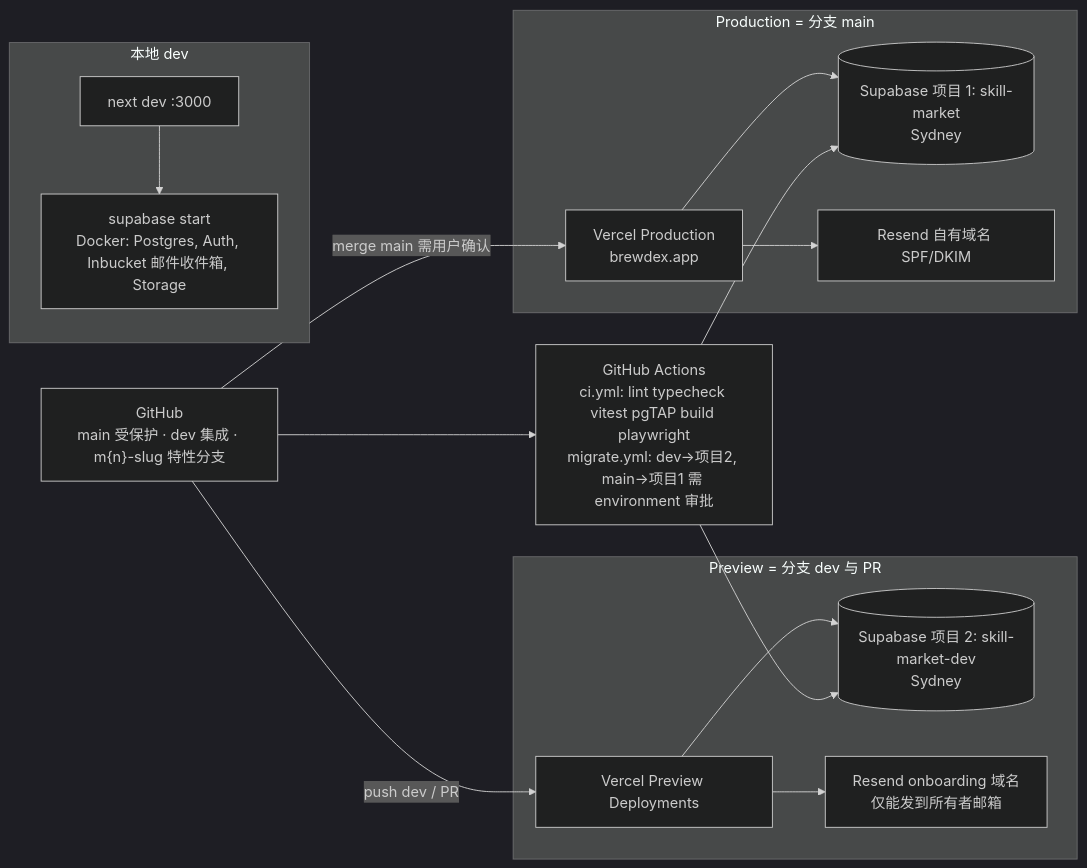
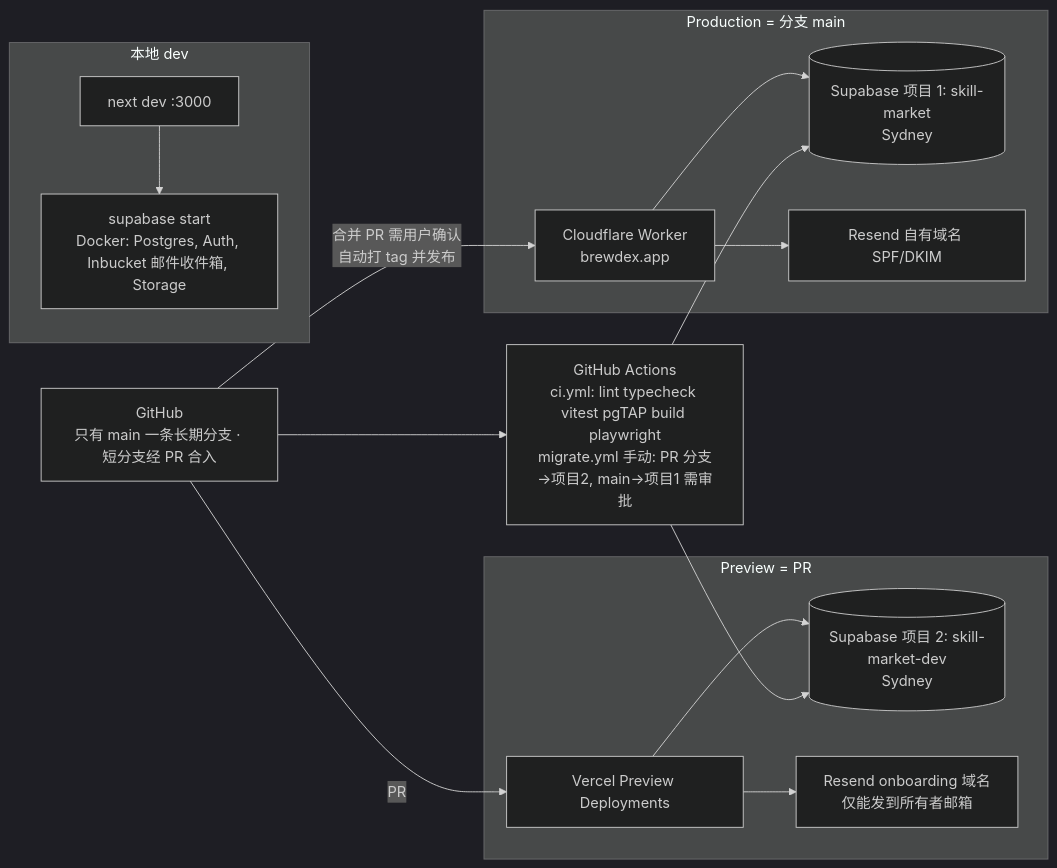
The third of 9 diagrams in docs/ARCHITECTURE.md (plcme/skill-market), drawn with Mermaid (dark theme) before and after one commit. The commit also changed other lines of this file and 9 other files, not shown here.

First line of the commit message:
chore: retire dev and ship through pull requests to main

````diff
--- a/docs/ARCHITECTURE.md
+++ b/docs/ARCHITECTURE.md
@@ -137,29 +137,29 @@
 ```mermaid
 flowchart LR
     subgraph dev[本地 dev]
         D1[next dev :3000]
         D2["supabase start<br/>Docker: Postgres, Auth, Inbucket 邮件收件箱, Storage"]
         D1 --> D2
     end
-    subgraph preview["Preview = 分支 dev 与 PR"]
+    subgraph preview["Preview = PR"]
         V1[Vercel Preview Deployments]
         S1[("Supabase 项目 2: skill-market-dev<br/>Sydney")]
         V1 --> S1
         R1["Resend onboarding 域名<br/>仅能发到所有者邮箱"]
         V1 --> R1
     end
     subgraph prod["Production = 分支 main"]
-        V2[Vercel Production<br/>brewdex.app]
+        V2[Cloudflare Worker<br/>brewdex.app]
         S2[("Supabase 项目 1: skill-market<br/>Sydney")]
         V2 --> S2
         R2[Resend 自有域名 SPF/DKIM]
         V2 --> R2
     end
-    GIT["GitHub<br/>main 受保护 · dev 集成 · m{n}-slug 特性分支"]
-    GIT -- push dev / PR --> V1
-    GIT -- merge main 需用户确认 --> V2
-    CI["GitHub Actions<br/>ci.yml: lint typecheck vitest pgTAP build playwright<br/>migrate.yml: dev→项目2, main→项目1 需 environment 审批"]
+    GIT["GitHub<br/>只有 main 一条长期分支 · 短分支经 PR 合入"]
+    GIT -- PR --> V1
+    GIT -- 合并 PR 需用户确认<br/>自动打 tag 并发布 --> V2
+    CI["GitHub Actions<br/>ci.yml: lint typecheck vitest pgTAP build playwright<br/>migrate.yml 手动: PR 分支→项目2, main→项目1 需审批"]
     GIT --> CI
     CI --> S1
     CI --> S2
 ```
````
